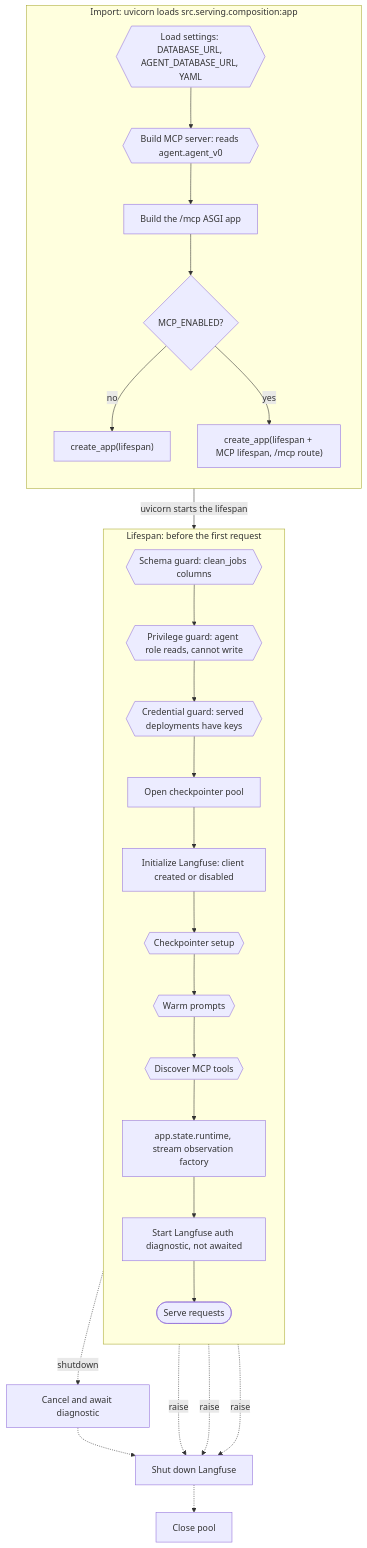
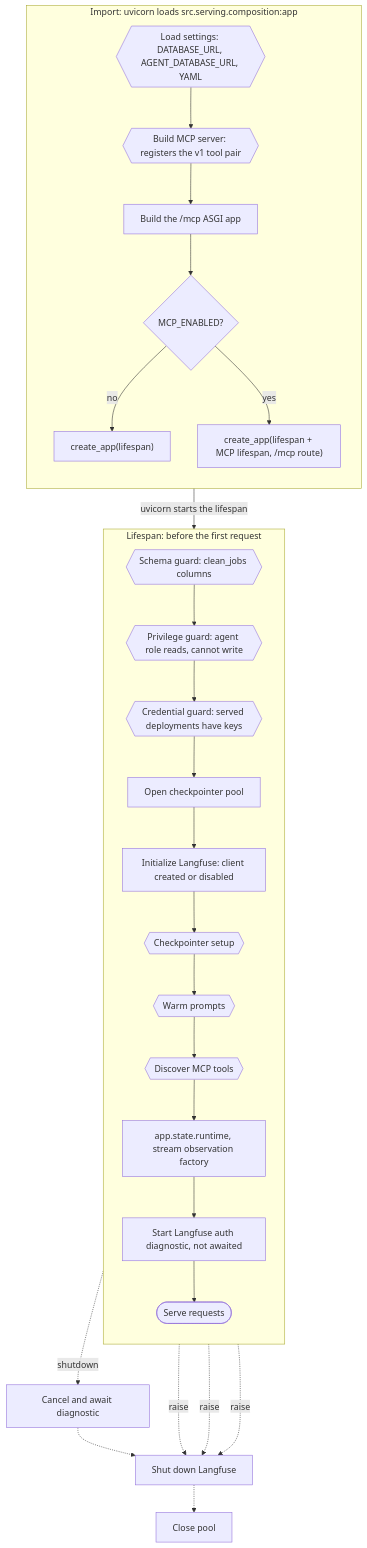
The diagram in docs/modules/composition.md (Park-Hip/InternHunterAgent), drawn with Mermaid before and after one commit. The commit also changed other lines of this file and 63 other files, not shown here.

````diff
--- a/docs/modules/composition.md
+++ b/docs/modules/composition.md
@@ -54,30 +54,30 @@
 ```mermaid
 flowchart TD
     subgraph IMPORT["Import: uvicorn loads src.serving.composition:app"]
         direction TB
-        I0{{"Load settings: DATABASE_URL, AGENT_DATABASE_URL, YAML"}} --> I2{{"Build MCP server: reads agent.agent_v0"}}
+        I0{{"Load settings: DATABASE_URL, AGENT_DATABASE_URL, YAML"}} --> I2{{"Build MCP server: registers the v1 tool pair"}}
         I2 --> I3["Build the /mcp ASGI app"]
         I3 --> I4{"MCP_ENABLED?"}
         I4 -->|no| A1["create_app(lifespan)"]
         I4 -->|yes| A2["create_app(lifespan + MCP lifespan, /mcp route)"]
     end
     subgraph LIFESPAN["Lifespan: before the first request"]
         direction TB
         L2{{"Schema guard: clean_jobs columns"}}
         L2 --> L3{{"Privilege guard: agent role reads, cannot write"}}
         L3 --> L4{{"Credential guard: served deployments have keys"}}
         L4 --> L5["Open checkpointer pool"]
         L5 --> L5B["Initialize Langfuse: client created or disabled"]
         L5B --> L6{{"Checkpointer setup"}}
         L6 --> L7{{"Warm prompts"}}
         L7 --> L8{{"Discover MCP tools"}}
         L8 --> L9["app.state.runtime, stream observation factory"]
         L9 --> L10["Start Langfuse auth diagnostic, not awaited"]
         L10 --> SERVE(["Serve requests"])
     end
     IMPORT -->|"uvicorn starts the lifespan"| LIFESPAN
     SERVE -.->|shutdown| T1["Cancel and await diagnostic"]
     T1 -.-> T2["Shut down Langfuse"]
     T2 -.-> T3["Close pool"]
     L6 & L7 & L8 -.->|raise| T2
 ```
````
